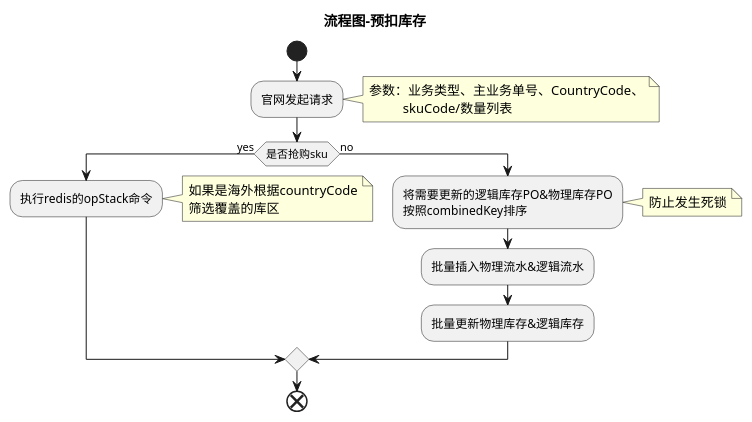
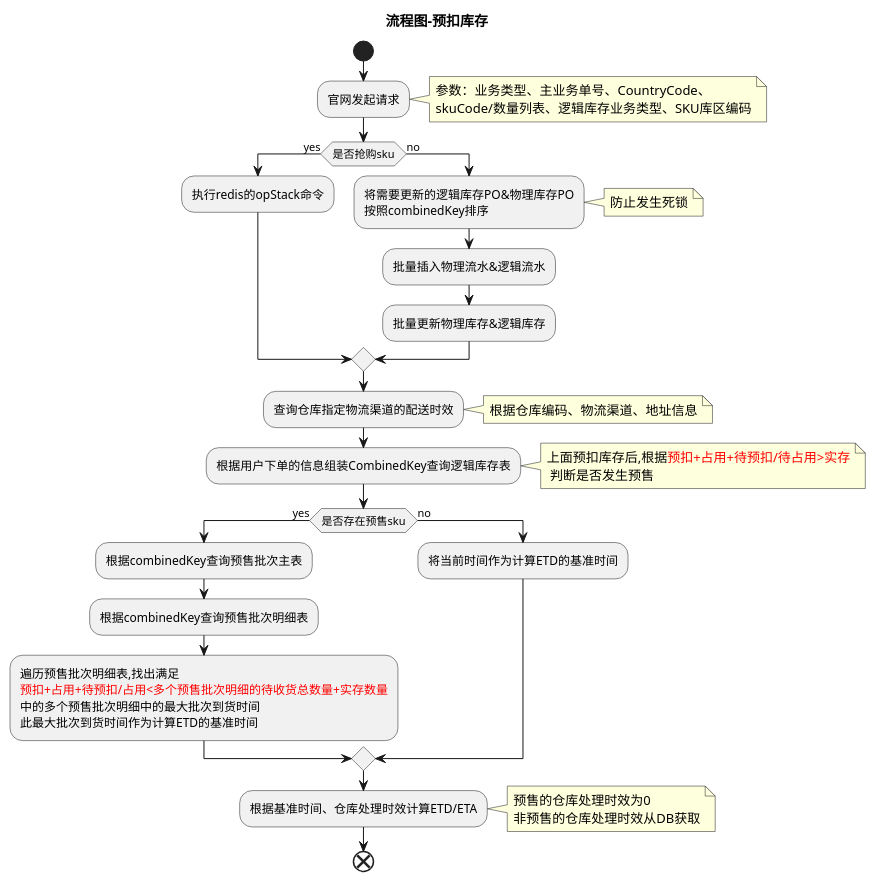
The diagram in uml/inventory/holdingInventory.puml (newbigTech/myDesignPattern), drawn with PlantUML before and after one commit. The commit also changed 2 other files, not shown here.

```diff
--- a/uml/inventory/holdingInventory.puml
+++ b/uml/inventory/holdingInventory.puml
@@ -1,25 +1,50 @@
 @startuml
 title 流程图-预扣库存
 start
 :官网发起请求;
 note right
 参数：业务类型、主业务单号、CountryCode、
-          skuCode/数量列表
+skuCode/数量列表、逻辑库存业务类型、SKU库区编码
 end note
 if (是否抢购sku) then (yes)
     :执行redis的opStack命令;
-    note right
-    如果是海外根据countryCode
-    筛选覆盖的库区
-    end note
 else (no)
     :将需要更新的逻辑库存PO&物理库存PO
     按照combinedKey排序;
     note right
     防止发生死锁
     end note
     :批量插入物理流水&逻辑流水;
     :批量更新物理库存&逻辑库存;
 endif
+
+:查询仓库指定物流渠道的配送时效;
+note right
+根据仓库编码、物流渠道、地址信息
+end note
+
+:根据用户下单的信息组装CombinedKey查询逻辑库存表;
+note right
+上面预扣库存后,根据<font color=red>预扣+占用+待预扣/待占用>实存
+ 判断是否发生预售
+end note
+
+if (是否存在预售sku) then (yes)
+    :根据combinedKey查询预售批次主表;
+    :根据combinedKey查询预售批次明细表;
+    :遍历预售批次明细表,找出满足
+    <font color=red>预扣+占用+待预扣/占用<多个预售批次明细的待收货总数量+实存数量
+    中的多个预售批次明细中的最大批次到货时间
+    此最大批次到货时间作为计算ETD的基准时间;
+else (no)
+    :将当前时间作为计算ETD的基准时间;
+endif
+
+:根据基准时间、仓库处理时效计算ETD/ETA;
+note right
+预售的仓库处理时效为0
+非预售的仓库处理时效从DB获取
+end note
+
 end
 @enduml
```
